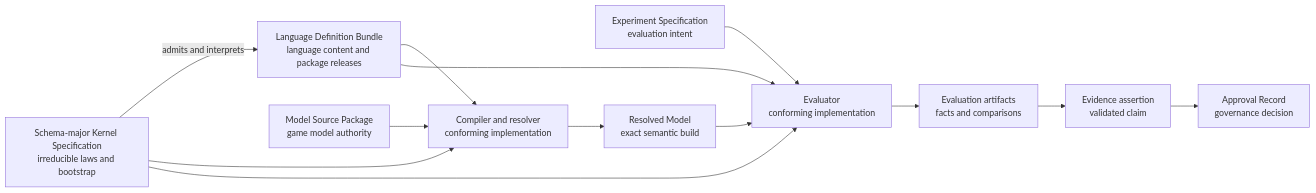
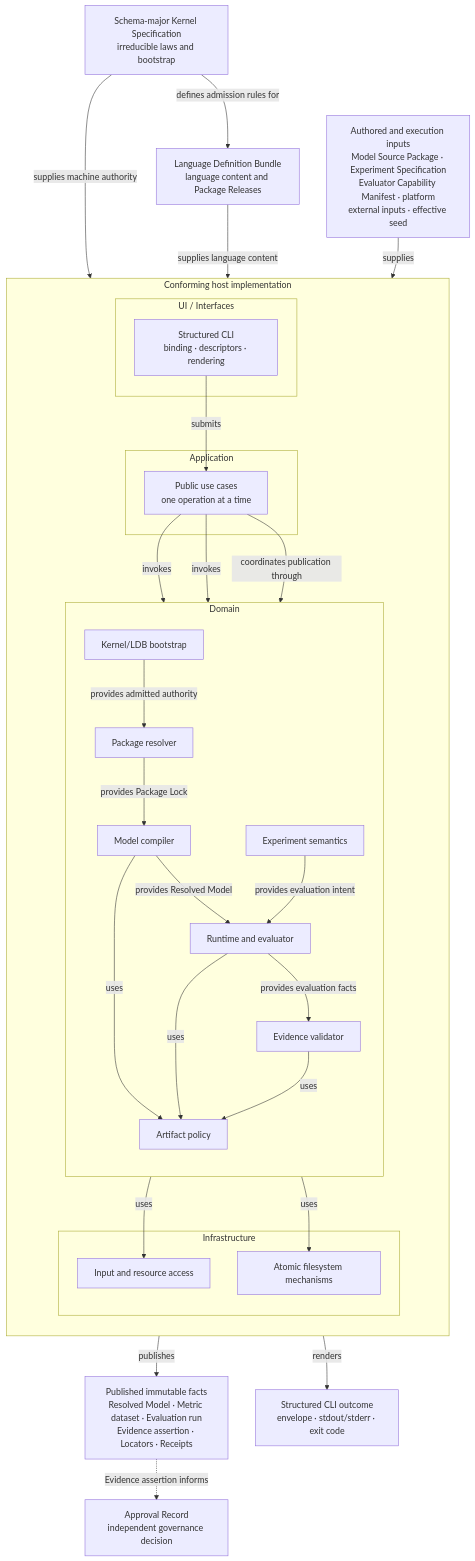
Before and after one commit to aigengame/godot-agent: the first of 3 diagrams in libs/gda-balancing/docs/ARCHITECTURE.md, drawn with Mermaid. The commit also changed other lines of this file, not shown here.

First line of the commit message:
docs(gda-balancing): clarify host architecture boundaries

````diff
--- a/libs/gda-balancing/docs/ARCHITECTURE.md
+++ b/libs/gda-balancing/docs/ARCHITECTURE.md
@@ -129,26 +143,59 @@
 ```mermaid
-flowchart LR
+flowchart TB
     K["Schema-major Kernel Specification<br/>irreducible laws and bootstrap"]
-    L["Language Definition Bundle<br/>language content and package releases"]
-    M["Model Source Package<br/>game model authority"]
-    X["Experiment Specification<br/>evaluation intent"]
-    C["Compiler and resolver<br/>conforming implementation"]
-    R["Resolved Model<br/>exact semantic build"]
-    E["Evaluator<br/>conforming implementation"]
-    O["Evaluation artifacts<br/>facts and comparisons"]
-    V["Evidence assertion<br/>validated claim"]
-    A["Approval Record<br/>governance decision"]
+    L["Language Definition Bundle<br/>language content and Package Releases"]
+    H["Authored and execution inputs<br/>Model Source Package · Experiment Specification<br/>Evaluator Capability Manifest · platform<br/>external inputs · effective seed"]
 
-    K -->|"admits and interprets"| L
-    K --> C
-    L --> C
-    M --> C
-    C --> R
-    R --> E
-    X --> E
-    K --> E
-    L --> E
-    E --> O
-    O --> V
-    V --> A
+    K -->|"defines admission rules for"| L
+
+    subgraph HOST["Conforming host implementation"]
+        direction TB
+        subgraph UI["UI / Interfaces"]
+            U["Structured CLI<br/>binding · descriptors · rendering"]
+        end
+        subgraph APP["Application"]
+            A["Public use cases<br/>one operation at a time"]
+        end
+        subgraph DOM["Domain"]
+            direction TB
+            B["Kernel/LDB bootstrap"]
+            P["Package resolver"]
+            C["Model compiler"]
+            X["Experiment semantics"]
+            R["Runtime and evaluator"]
+            V["Evidence validator"]
+            Q["Artifact policy"]
+
+            B -->|"provides admitted authority"| P
+            P -->|"provides Package Lock"| C
+            C -->|"provides Resolved Model"| R
+            X -->|"provides evaluation intent"| R
+            R -->|"provides evaluation facts"| V
+            C -->|uses| Q
+            R -->|uses| Q
+            V -->|uses| Q
+        end
+        subgraph INF["Infrastructure"]
+            I["Input and resource access"]
+            F["Atomic filesystem mechanisms"]
+        end
+
+        U -->|submits| A
+        A -->|invokes| B
+        A -->|invokes| X
+        A -->|"coordinates publication through"| Q
+        B -->|uses| I
+        Q -->|uses| F
+    end
+
+    O["Published immutable facts<br/>Resolved Model · Metric dataset · Evaluation run<br/>Evidence assertion · Locators · Receipts"]
+    S["Structured CLI outcome<br/>envelope · stdout/stderr · exit code"]
+    G["Approval Record<br/>independent governance decision"]
+
+    K -->|"supplies machine authority"| B
+    L -->|"supplies language content"| B
+    H -->|supplies| U
+    Q -->|publishes| O
+    U -->|renders| S
+    O -. "Evidence assertion informs" .-> G
 ```
````
